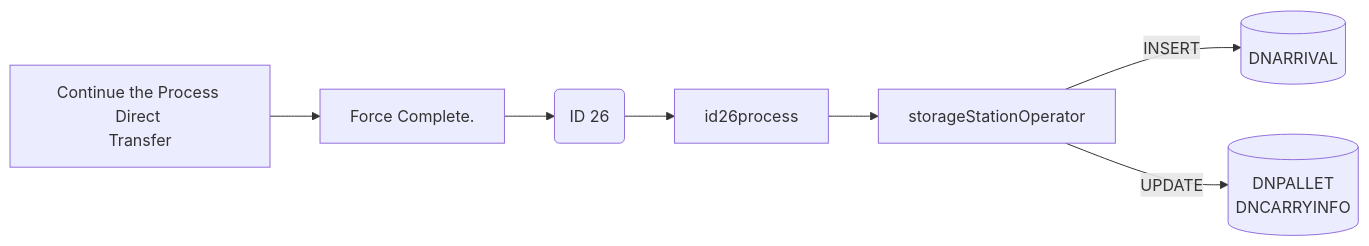
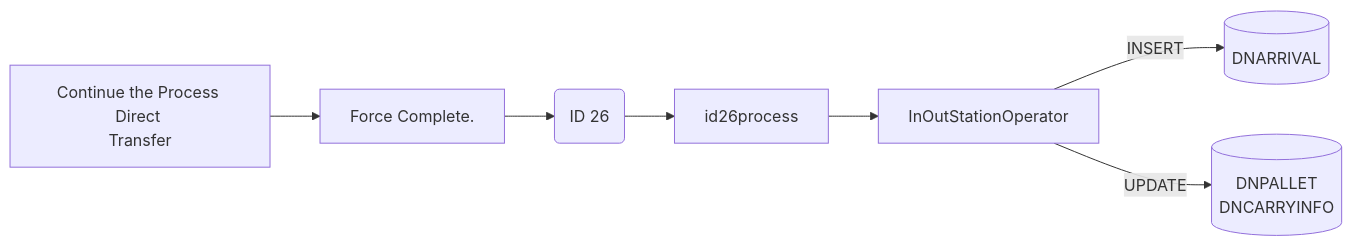
Before and after one commit to luthfiadityaa/SimeDarby-Wiki: diagram 21 of 22 in Basic-Design/DFD-WMS/Storage/Palletizing-Settting/Irregular-Cases.md, drawn with Mermaid.

Commit message:
Updated Irregular Cases

```diff
--- a/Basic-Design/DFD-WMS/Storage/Palletizing-Settting/Irregular-Cases.md
+++ b/Basic-Design/DFD-WMS/Storage/Palletizing-Settting/Irregular-Cases.md
@@ -1167,31 +1167,31 @@
 ::: mermaid
 flowchart LR
 
 releaseCommand["
 Continue the Process Direct 
 Transfer
 "]
 
 id26msg("
 ID 26
 ")
 
 id26-insert[("
 DNARRIVAL
 ")]
 
 id26-update[("
 DNPALLET
 DNCARRYINFO
 ")];
 
 releaseCommand2["
 Force Complete.
 "]
 
-storageStationOperator[storageStationOperator]
+storageStationOperator[InOutStationOperator]
 
 releaseCommand-->releaseCommand2-->id26msg-->id26process-->storageStationOperator
 storageStationOperator--> |INSERT| id26-insert
 storageStationOperator--> |UPDATE| id26-update
 :::
```
